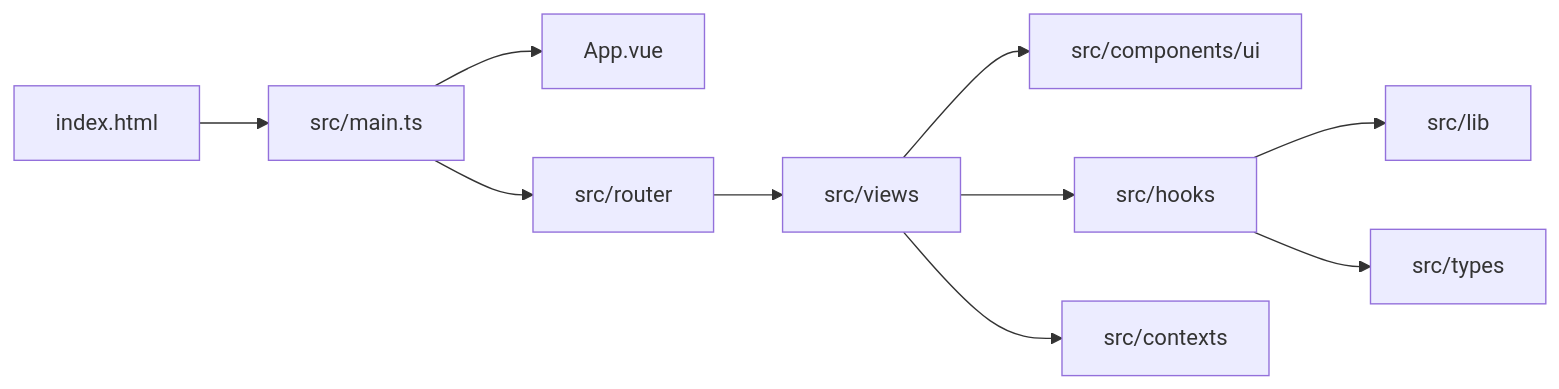
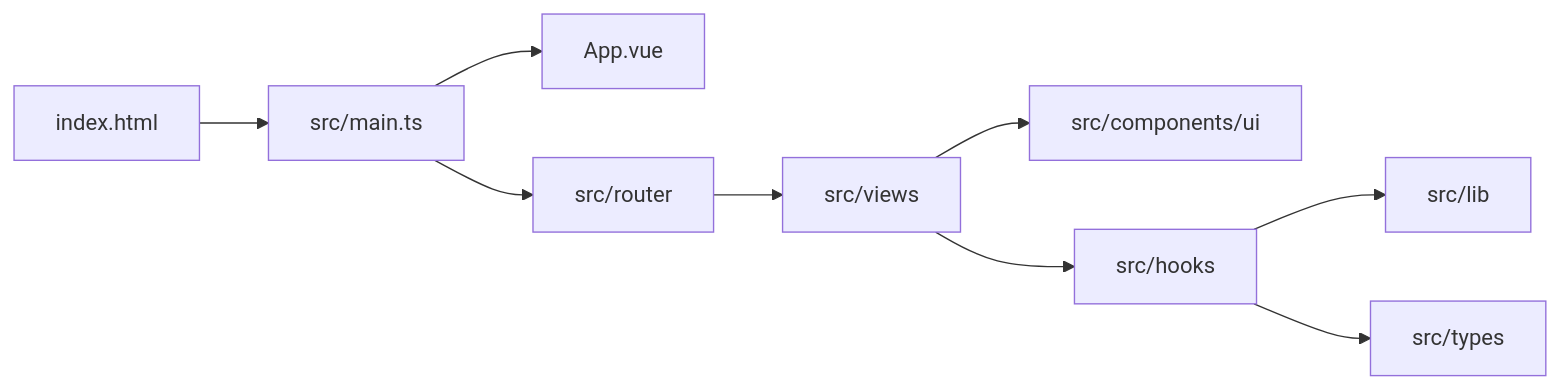
Before and after one commit to DiiageCUCDB/DI2-P2-P3-E2-DOCS: the first of 2 diagrams in front/docs/02 - Architecture/Architecture Overview.md, drawn with Mermaid. The commit also changed 14 other files, not shown here.

````diff
--- a/front/docs/02 - Architecture/Architecture Overview.md
+++ b/front/docs/02 - Architecture/Architecture Overview.md
@@ -24,12 +24,11 @@
 ```mermaid
 flowchart LR
   index[index.html] --> main[src/main.ts]
   main --> app[App.vue]
   main --> router[src/router]
   router --> views[src/views]
   views --> ui[src/components/ui]
   views --> hooks[src/hooks]
   hooks --> lib[src/lib]
-  views --> ctx[src/contexts]
   hooks --> types[src/types]
 ```
````
